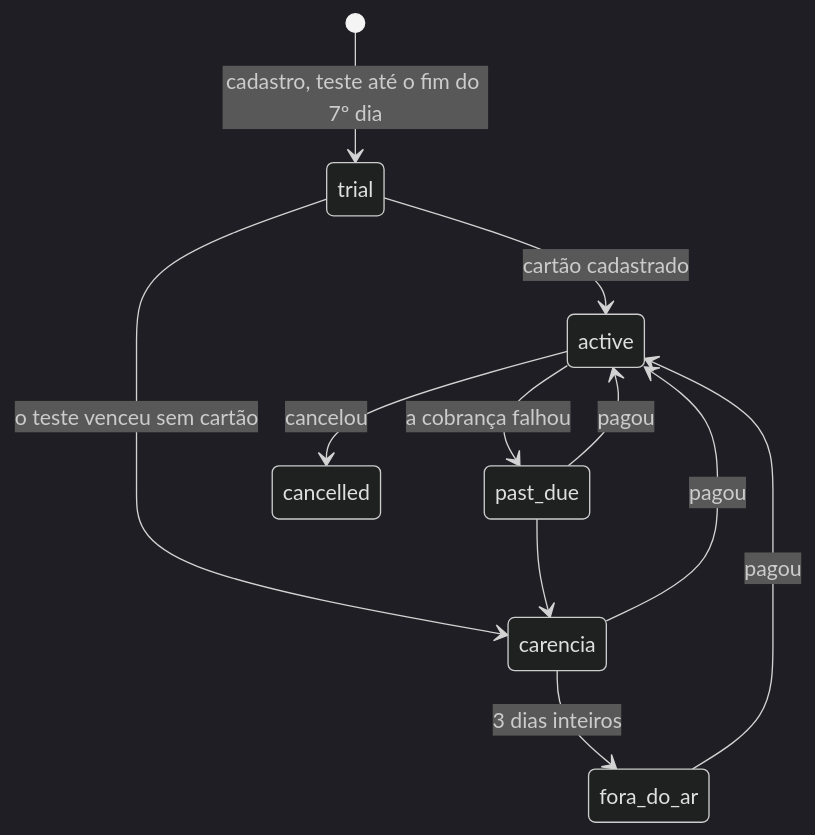
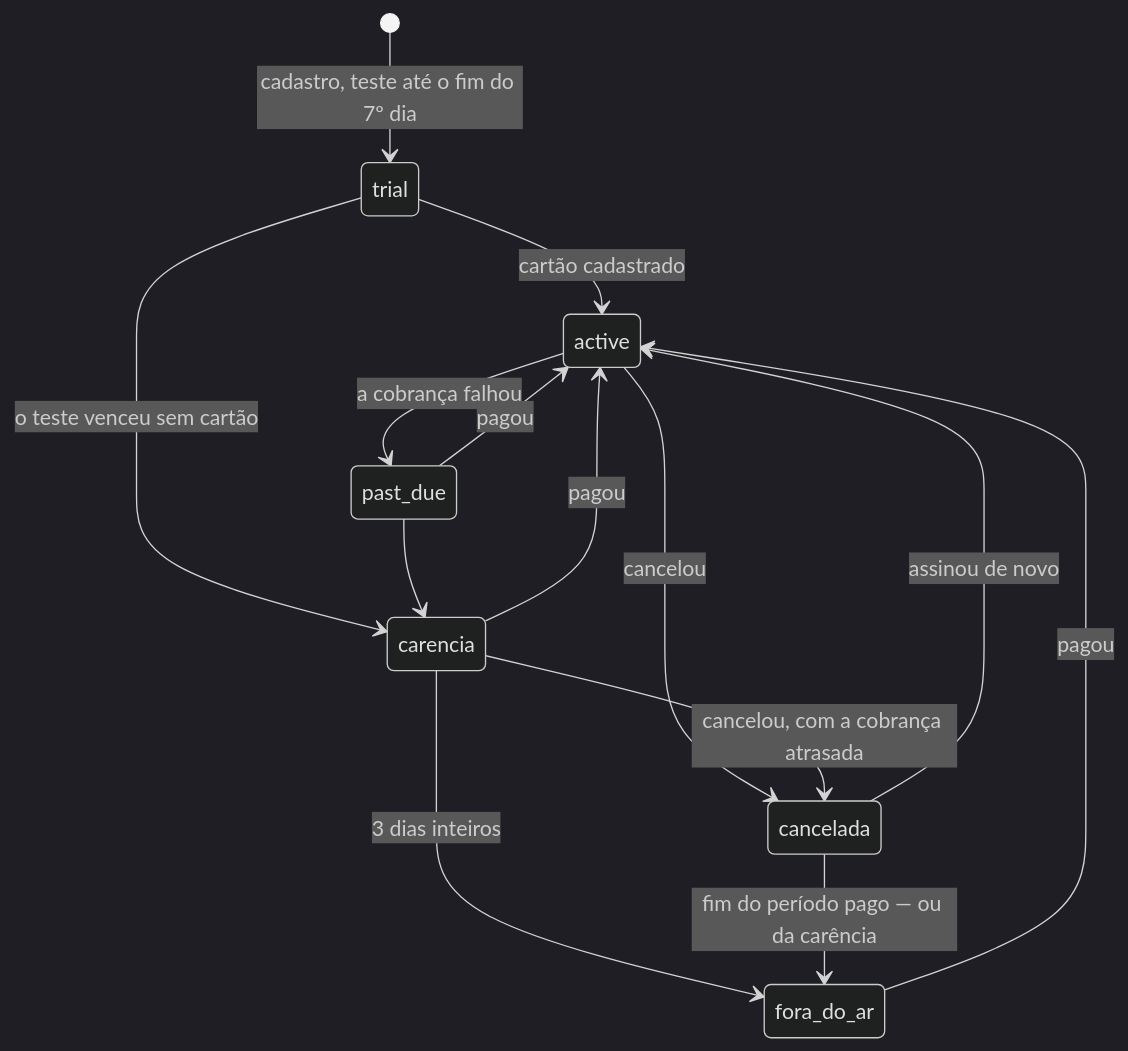
Before and after one commit to Alexandfdes/Barbearia: the second of 3 diagrams in docs/ARQUITETURA-COBRANCA-V1.md, drawn with Mermaid (dark theme). The commit also changed other lines of this file and 4 other files, not shown here.

````diff
--- a/docs/ARQUITETURA-COBRANCA-V1.md
+++ b/docs/ARQUITETURA-COBRANCA-V1.md
@@ -364,13 +372,16 @@
 ```mermaid
 stateDiagram-v2
     [*] --> trial: cadastro, teste até o fim do 7º dia
     trial --> active: cartão cadastrado
     trial --> carencia: o teste venceu sem cartão
     active --> past_due: a cobrança falhou
     past_due --> active: pagou
     past_due --> carencia
     carencia --> active: pagou
     carencia --> fora_do_ar: 3 dias inteiros
     fora_do_ar --> active: pagou
-    active --> cancelled: cancelou
+    active --> cancelada: cancelou
+    carencia --> cancelada: cancelou, com a cobrança atrasada
+    cancelada --> fora_do_ar: fim do período pago — ou da carência
+    cancelada --> active: assinou de novo
 ```
````
